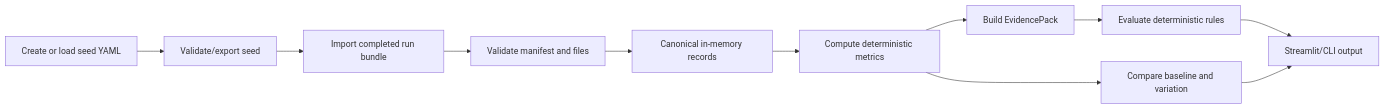
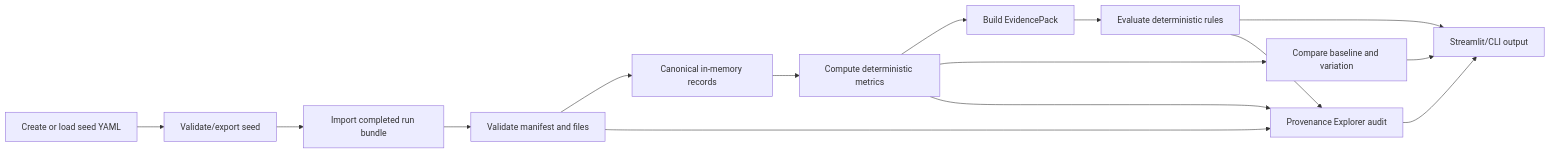
Before and after one commit to Abdulla4akash/traffictwin: the first of 2 diagrams in docs/system_overview.md, drawn with Mermaid. The commit also changed other lines of this file and 64 other files, not shown here.

Commit message:
feat(provenance): add read-only provenance explorer

````diff
--- a/docs/system_overview.md
+++ b/docs/system_overview.md
@@ -61,13 +62,17 @@
 ```mermaid
 flowchart LR
     A[Create or load seed YAML] --> B[Validate/export seed]
     B --> C[Import completed run bundle]
     C --> D[Validate manifest and files]
     D --> E[Canonical in-memory records]
     E --> F[Compute deterministic metrics]
     F --> G[Build EvidencePack]
     G --> H[Evaluate deterministic rules]
     F --> I[Compare baseline and variation]
     H --> J[Streamlit/CLI output]
     I --> J
+    D --> K[Provenance Explorer audit]
+    F --> K
+    H --> K
+    K --> J
 ```
````
